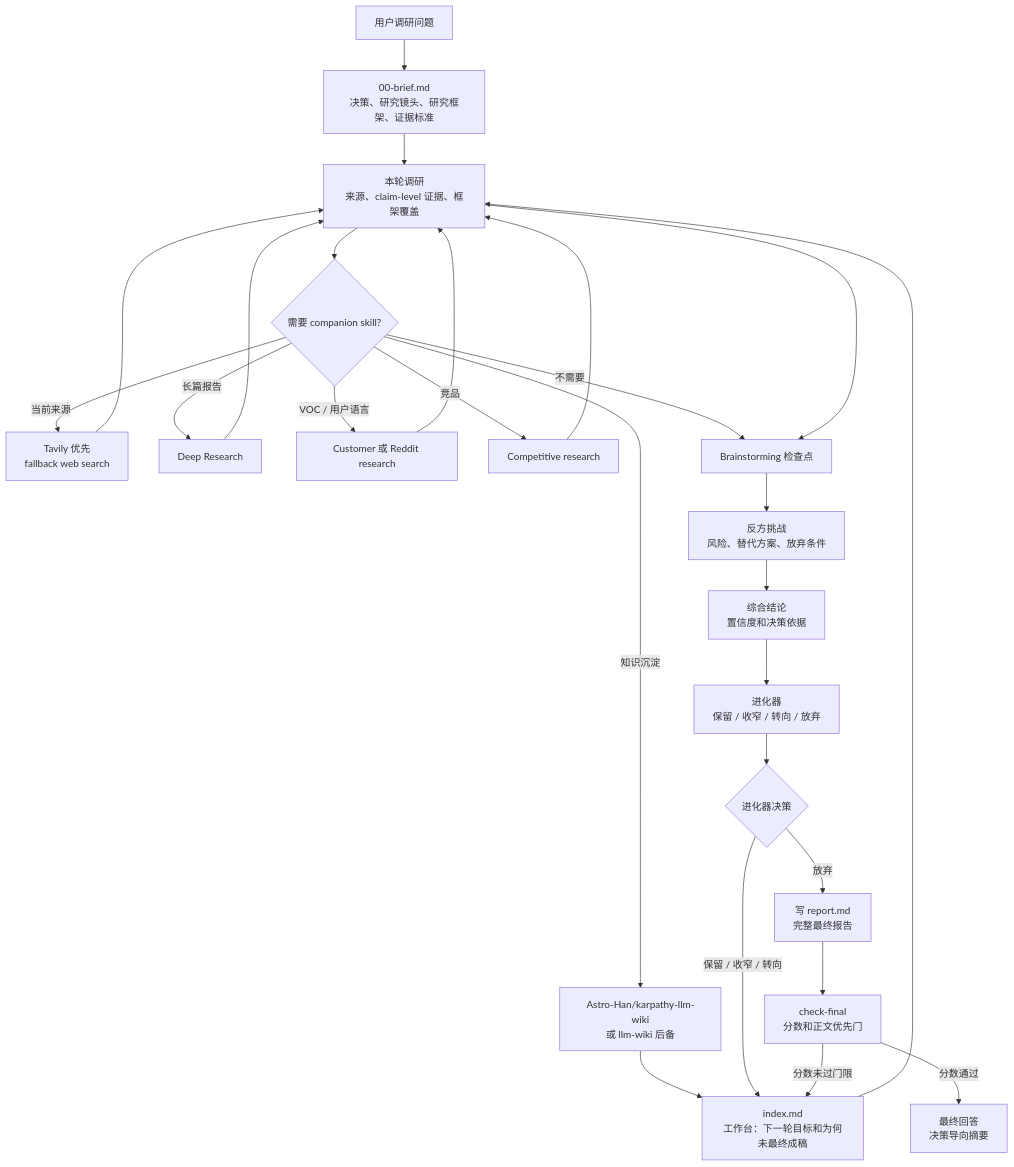
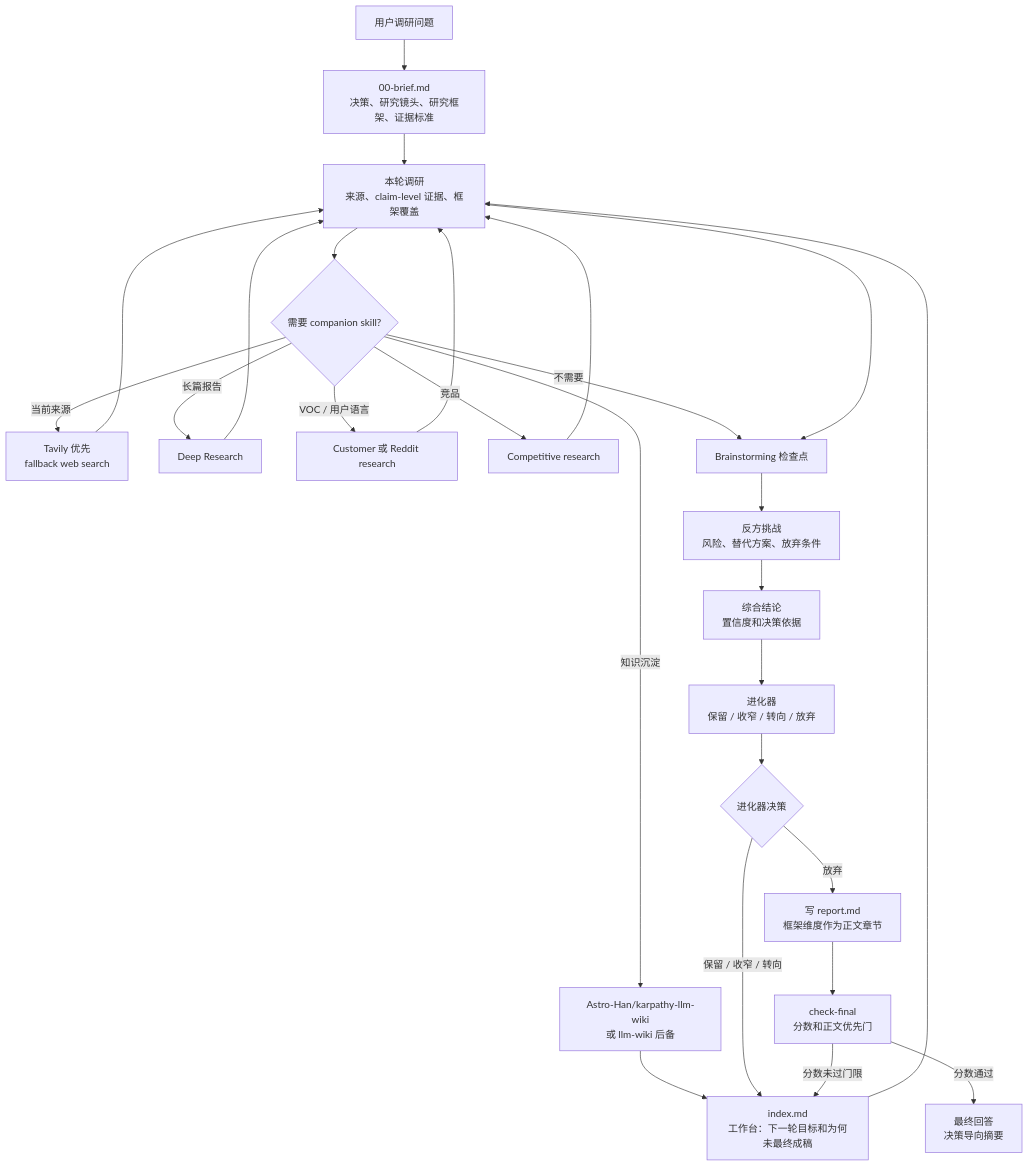
Before and after one commit to GoatGit/super-survey: the diagram in README.zh-CN.md, drawn with Mermaid. The commit also changed other lines of this file and 6 other files, not shown here.

````diff
--- a/README.zh-CN.md
+++ b/README.zh-CN.md
@@ -181,28 +186,28 @@
 ```mermaid
 flowchart TD
     A[用户调研问题] --> B[00-brief.md<br/>决策、研究镜头、研究框架、证据标准]
     B --> C[本轮调研<br/>来源、claim-level 证据、框架覆盖]
     C --> D{需要 companion skill?}
     D -->|当前来源| D1[Tavily 优先<br/>fallback web search]
     D -->|长篇报告| D2[Deep Research]
     D -->|VOC / 用户语言| D3[Customer 或 Reddit research]
     D -->|竞品| D4[Competitive research]
     D -->|知识沉淀| D5[Astro-Han/karpathy-llm-wiki<br/>或 llm-wiki 后备]
     D -->|不需要| E[Brainstorming 检查点]
     D1 --> C
     D2 --> C
     D3 --> C
     D4 --> C
     D5 --> I[index.md]
     C --> E[Brainstorming 检查点]
     E --> F[反方挑战<br/>风险、替代方案、放弃条件]
     F --> G[综合结论<br/>置信度和决策依据]
     G --> H[进化器<br/>保留 / 收窄 / 转向 / 放弃]
     H --> Q{进化器决策}
     Q -->|保留 / 收窄 / 转向| I[index.md<br/>工作台：下一轮目标和为何未最终成稿]
     I --> C
-    Q -->|放弃| J[写 report.md<br/>完整最终报告]
+    Q -->|放弃| J[写 report.md<br/>框架维度作为正文章节]
     J --> R[check-final<br/>分数和正文优先门]
     R -->|分数未过门限| I
     R -->|分数通过| K[最终回答<br/>决策导向摘要]
 ```
````
